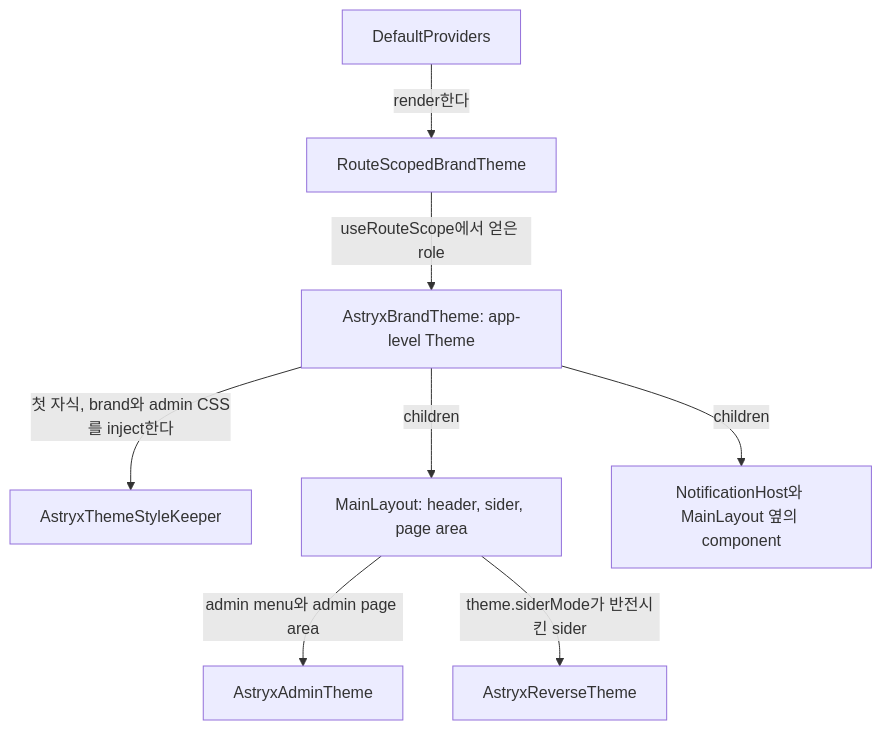
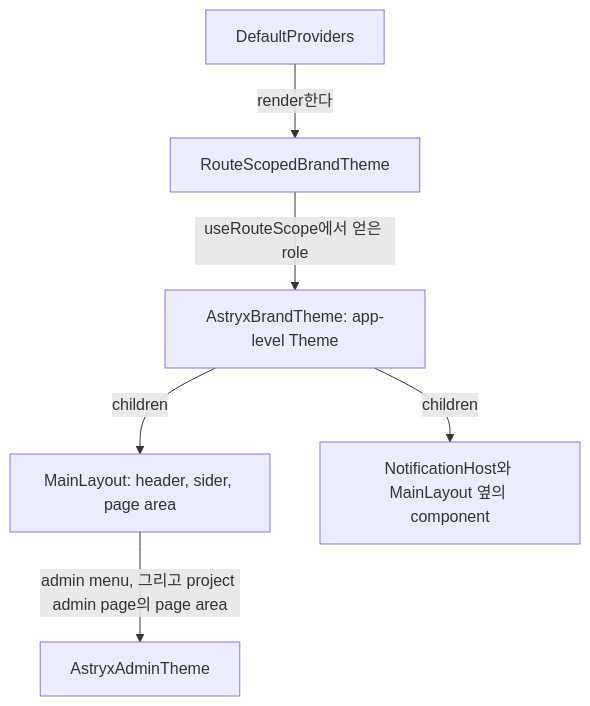
The diagram in docs/adr/0044-app-level-theme-role-from-the-route-scope.ko.md (lablup/backend.ai-webui), drawn with Mermaid before and after one commit. The commit also changed other lines of this file and 18 other files, not shown here.

First line of the commit message:
refactor(#11437): drop theme.siderMode and the theme CSS keeper

````diff
--- a/docs/adr/0044-app-level-theme-role-from-the-route-scope.ko.md
+++ b/docs/adr/0044-app-level-theme-role-from-the-route-scope.ko.md
@@ -22,10 +23,8 @@
 ```mermaid
 flowchart TB
   dp["DefaultProviders"] -- "render한다" --> rs["RouteScopedBrandTheme"]
   rs -- "useRouteScope에서 얻은 role" --> bt["AstryxBrandTheme: app-level Theme"]
-  bt -- "첫 자식, brand와 admin CSS를 inject한다" --> kp["AstryxThemeStyleKeeper"]
   bt -- "children" --> ml["MainLayout: header, sider, page area"]
   bt -- "children" --> ov["NotificationHost와 MainLayout 옆의 component"]
-  ml -- "admin menu와 admin page area" --> at["AstryxAdminTheme"]
-  ml -- "theme.siderMode가 반전시킨 sider" --> rt["AstryxReverseTheme"]
+  ml -- "admin menu, 그리고 project admin page의 page area" --> at["AstryxAdminTheme"]
 ```
````
